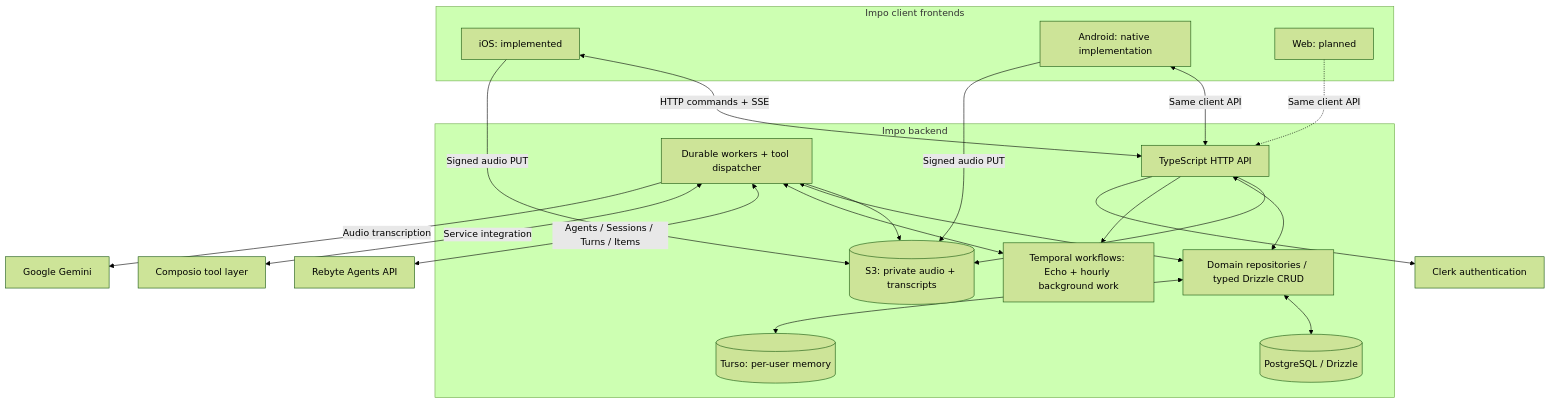
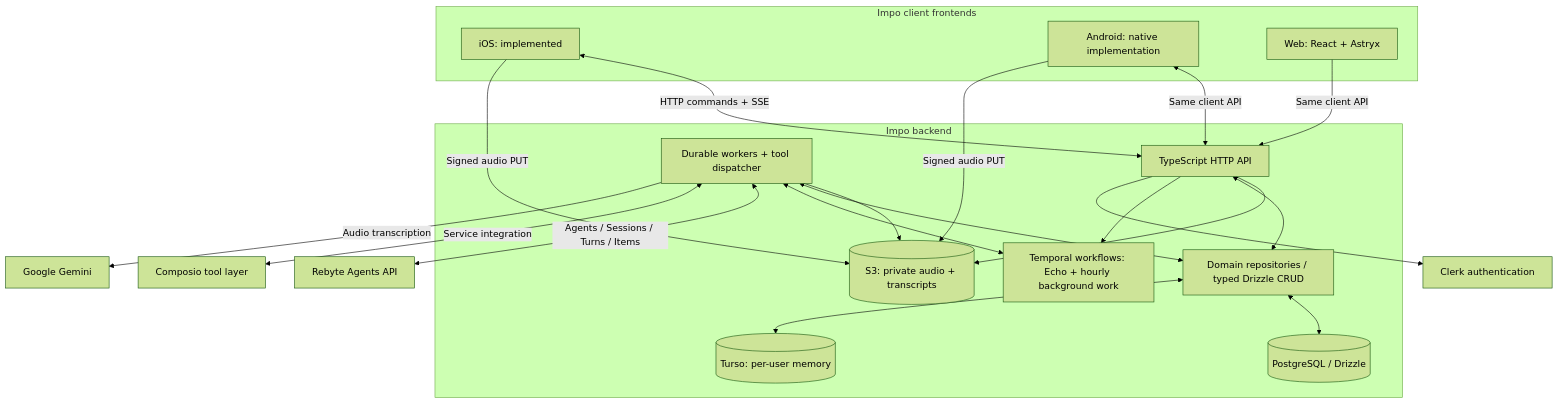
Before and after one commit to impoai/impo: the diagram in README.md, drawn with Mermaid (forest theme). The commit also changed other lines of this file and 165 other files, not shown here.

First line of the commit message:
Commit accumulated client, server and web work

````diff
--- a/README.md
+++ b/README.md
@@ -75,34 +74,34 @@
 ```mermaid
 flowchart TB
     subgraph Clients["Impo client frontends"]
         App["iOS: implemented"]
         Android["Android: native implementation"]
-        Web["Web: planned"]
+        Web["Web: React + Astryx"]
     end
     subgraph Backend["Impo backend"]
         API["TypeScript HTTP API"]
         Repositories["Domain repositories / typed Drizzle CRUD"]
         DB[("PostgreSQL / Drizzle")]
         Worker["Durable workers + tool dispatcher"]
         Temporal["Temporal workflows: Echo + hourly background work"]
         S3[("S3: private audio + transcripts")]
         Turso[("Turso: per-user memory")]
         Worker --> S3
         API --> S3
         API <--> Repositories
         Worker <--> Repositories
         Repositories <--> DB
         Repositories <--> Turso
         API --> Temporal
         Worker <--> Temporal
     end
     App <-->|"HTTP commands + SSE"| API
     App -->|"Signed audio PUT"| S3
     Android <-->|"Same client API"| API
     Android -->|"Signed audio PUT"| S3
-    Web -.->|"Same client API"| API
+    Web -->|"Same client API"| API
     API --> Clerk["Clerk authentication"]
     Worker <-->|"Agents / Sessions / Turns / Items"| Rebyte["Rebyte Agents API"]
     Worker <-->|"Service integration"| Composio["Composio tool layer"]
     Worker -->|"Audio transcription"| Gemini["Google Gemini"]
 ```
````
